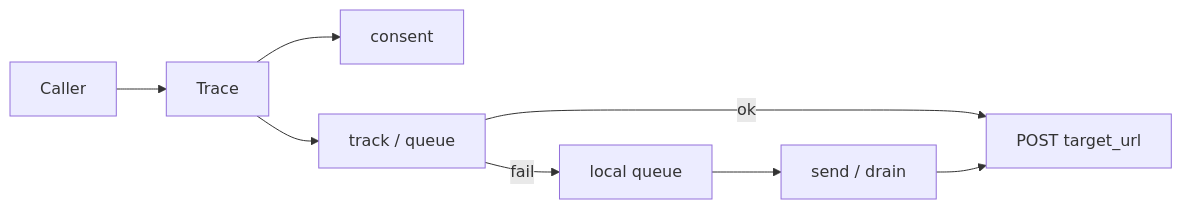
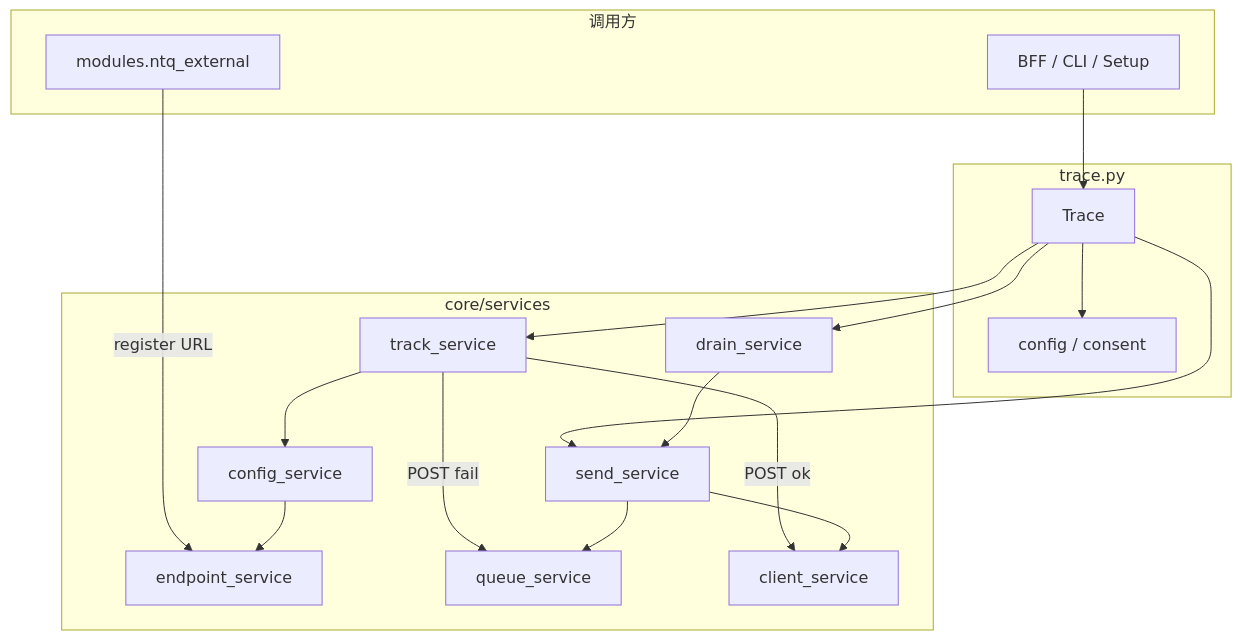
One commit to garnet1985/new-tea-quant changed the diagram in core/infra/trace/docs/ARCHITECTURE.md. Above: the diagram before and after it, drawn with Mermaid. The commit also changed other lines of this file and 338 other files, not shown here.

````diff
--- a/core/infra/trace/docs/ARCHITECTURE.md
+++ b/core/infra/trace/docs/ARCHITECTURE.md
@@ -22,10 +51,36 @@
 ```mermaid
-flowchart LR
-  Caller --> Trace
-  Trace --> Consent[consent]
-  Trace --> Track[track / queue]
-  Track -->|fail| Queue[local queue]
-  Track -->|ok| POST[POST target_url]
-  Queue --> Send[send / drain]
-  Send --> POST
+flowchart TB
+  subgraph callers [调用方]
+    CLI[BFF / CLI / Setup]
+    Ext[modules.ntq_external]
+  end
+
+  subgraph facade [trace.py]
+    T[Trace]
+    CFG[config / consent]
+  end
+
+  subgraph core [core/services]
+    EP[endpoint_service]
+    CFGS[config_service]
+    TRK[track_service]
+    SND[send_service]
+    DRN[drain_service]
+    Q[queue_service]
+    CL[client_service]
+  end
+
+  Ext -->|register URL| EP
+  CLI --> T
+  T --> CFG
+  T --> TRK
+  TRK --> CFGS
+  CFGS --> EP
+  TRK -->|POST ok| CL
+  TRK -->|POST fail| Q
+  T --> SND
+  SND --> Q
+  SND --> CL
+  T --> DRN
+  DRN --> SND
 ```
````
